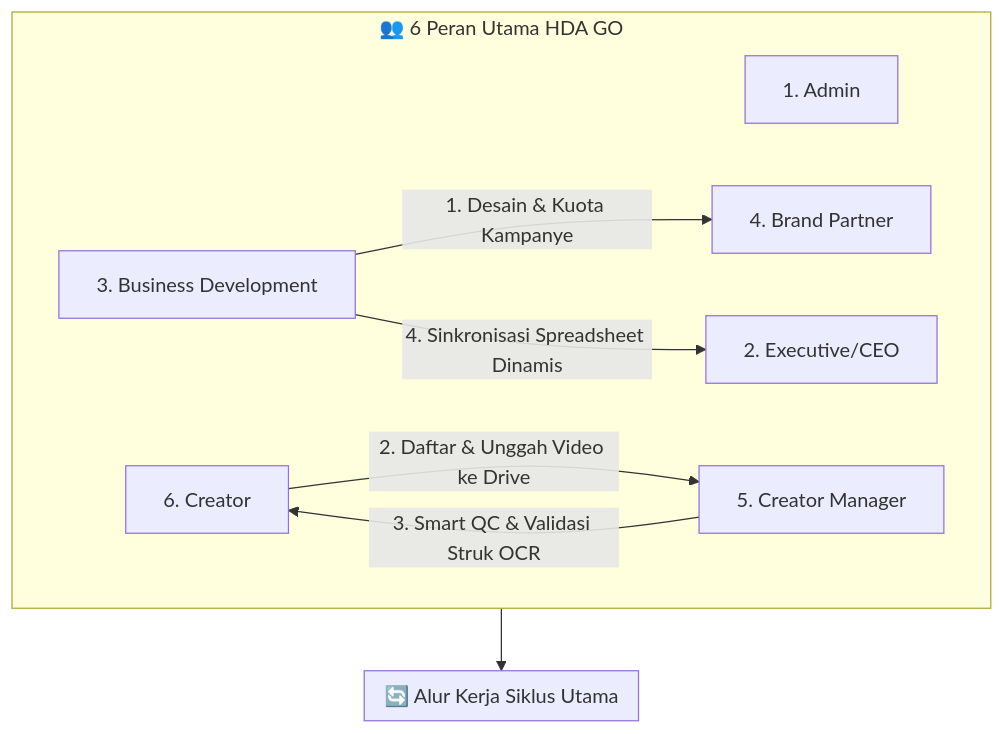
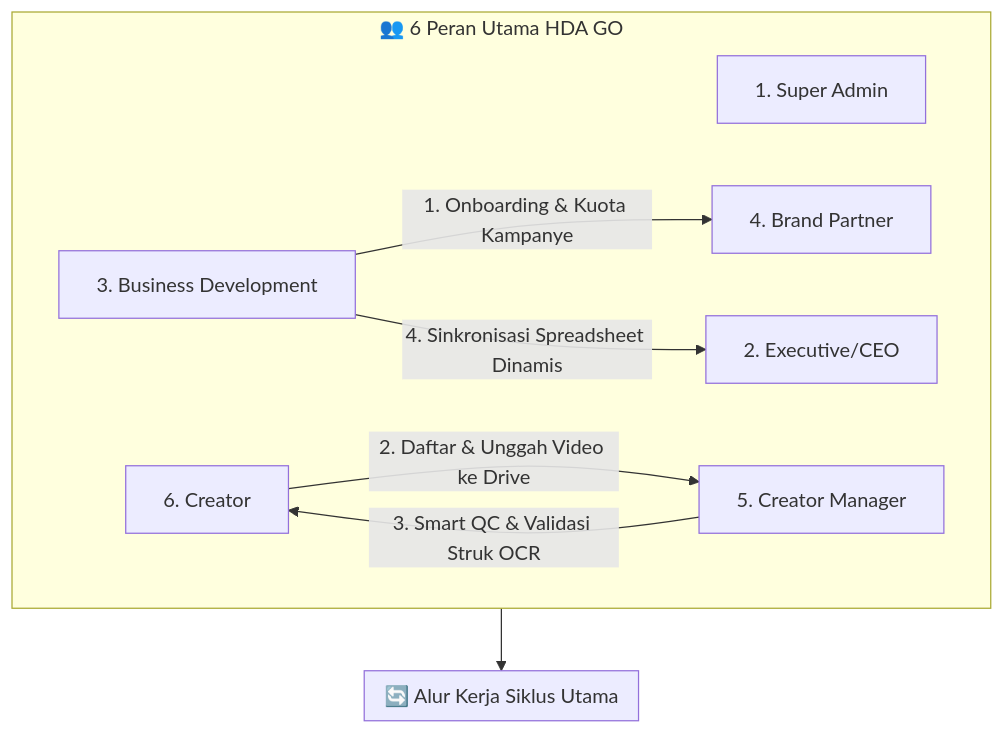
Before and after one commit to haluanitcore/HDA-GO-Dashboard-System: the diagram in MANUAL_GUIDE_HDA_GO.md, drawn with Mermaid. The commit also changed other lines of this file, not shown here.

````diff
--- a/MANUAL_GUIDE_HDA_GO.md
+++ b/MANUAL_GUIDE_HDA_GO.md
@@ -19,20 +20,20 @@
 ```mermaid
 graph TD
     subgraph PERAN["👥 6 Peran Utama HDA GO"]
-        Admin[1. Admin]
+        Admin[1. Super Admin]
         Exec[2. Executive/CEO]
         BD[3. Business Development]
         Brand[4. Brand Partner]
         CM[5. Creator Manager]
         Creator[6. Creator]
     end
     
     subgraph ALUR["🔄 Alur Kerja Siklus Utama"]
-        BD -->|1. Desain & Kuota Kampanye| Brand
+        BD -->|1. Onboarding & Kuota Kampanye| Brand
         Creator -->|2. Daftar & Unggah Video ke Drive| CM
         CM -->|3. Smart QC & Validasi Struk OCR| Creator
         BD -->|4. Sinkronisasi Spreadsheet Dinamis| Exec
     end
 
     PERAN --> ALUR
 ```
````
